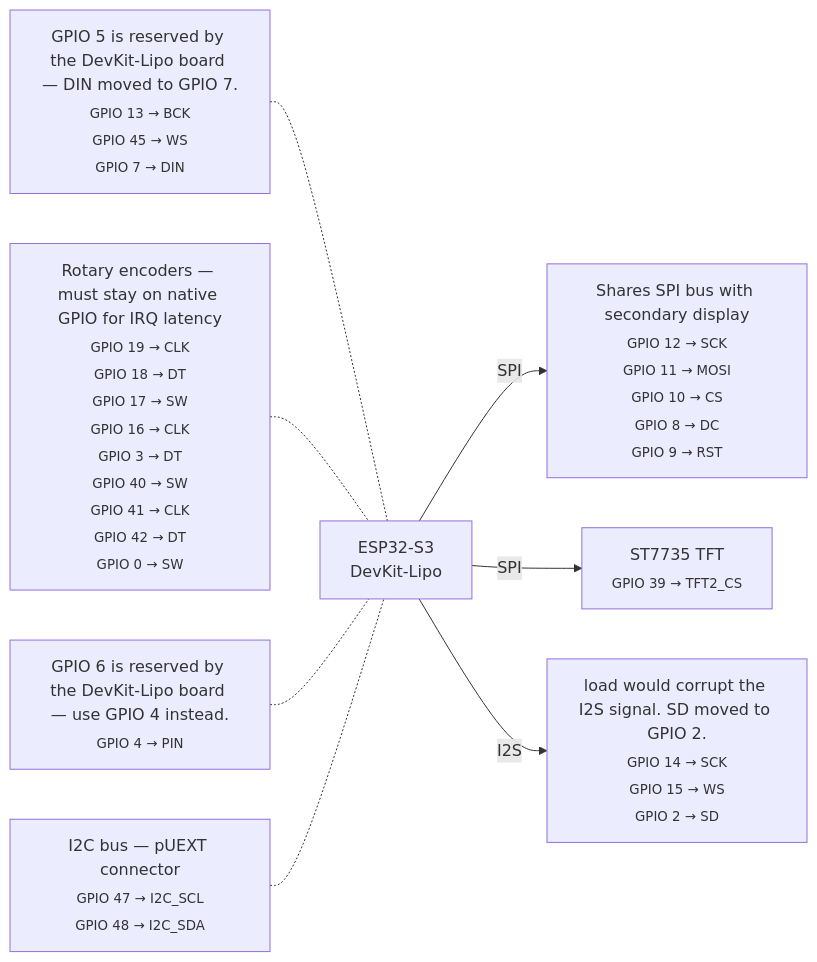
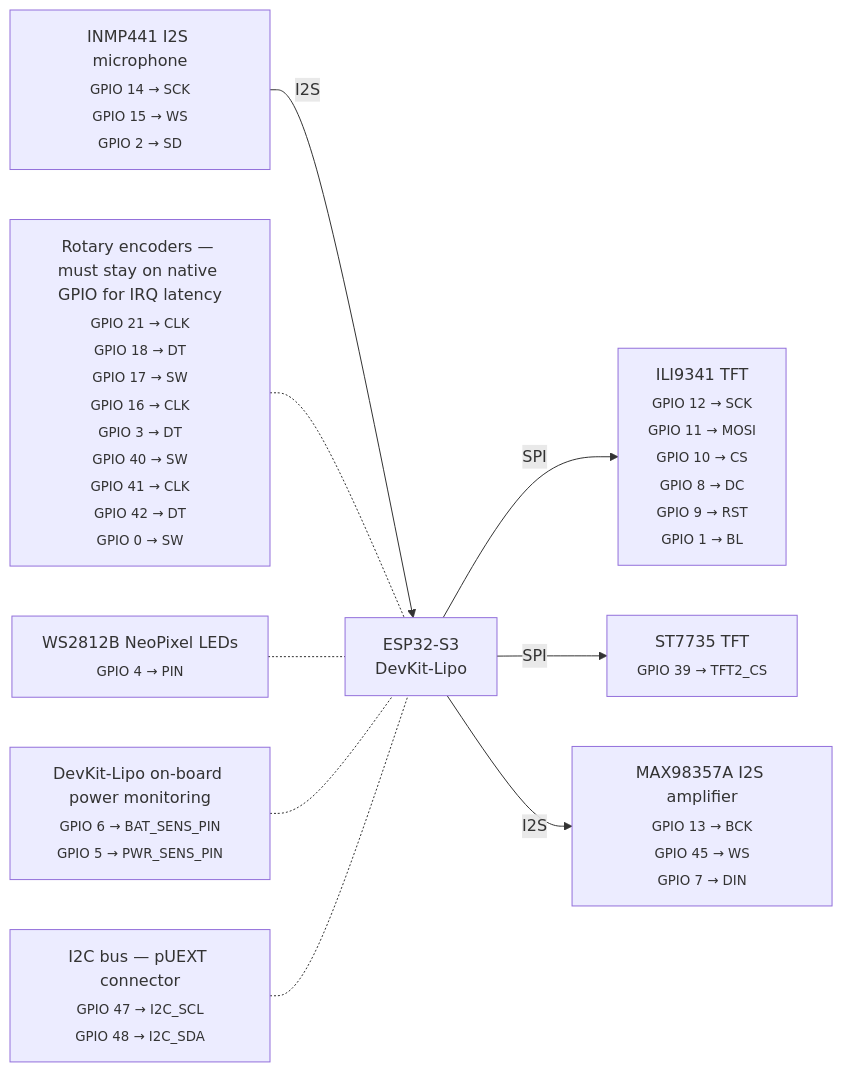
Before and after one commit to mandakan/bodn-esp32: the diagram in docs/wiring.md, drawn with Mermaid. The commit also changed other lines of this file and 3 other files, not shown here.

````diff
--- a/docs/wiring.md
+++ b/docs/wiring.md
@@ -8,26 +8,29 @@
 ```mermaid
 graph LR
     ESP["ESP32-S3<br/>DevKit-Lipo"]
 
-    SharesSPIbuswithsecondarydisplay["Shares SPI bus with secondary display<br/><sub>GPIO 12 → SCK<br/>GPIO 11 → MOSI<br/>GPIO 10 → CS<br/>GPIO 8 → DC<br/>GPIO 9 → RST</sub>"]
-    ESP -- SPI --> SharesSPIbuswithsecondarydisplay
+    ILI9341TFT["ILI9341 TFT<br/><sub>GPIO 12 → SCK<br/>GPIO 11 → MOSI<br/>GPIO 10 → CS<br/>GPIO 8 → DC<br/>GPIO 9 → RST<br/>GPIO 1 → BL</sub>"]
+    ESP -- SPI --> ILI9341TFT
 
     ST7735TFT["ST7735 TFT<br/><sub>GPIO 39 → TFT2_CS</sub>"]
     ESP -- SPI --> ST7735TFT
 
-    loadwouldcorrupttheI2SsignalSDmovedtoGPIO2["load would corrupt the I2S signal. SD moved to GPIO 2.<br/><sub>GPIO 14 → SCK<br/>GPIO 15 → WS<br/>GPIO 2 → SD</sub>"]
-    ESP -- I2S --> loadwouldcorrupttheI2SsignalSDmovedtoGPIO2
+    INMP441I2Smicrophone["INMP441 I2S microphone<br/><sub>GPIO 14 → SCK<br/>GPIO 15 → WS<br/>GPIO 2 → SD</sub>"]
+    INMP441I2Smicrophone -- I2S --> ESP
 
-    GPIO5isreservedbytheDevKitLipoboardDINmovedtoGPIO7["GPIO 5 is reserved by the DevKit-Lipo board — DIN moved to GPIO 7.<br/><sub>GPIO 13 → BCK<br/>GPIO 45 → WS<br/>GPIO 7 → DIN</sub>"]
-    GPIO5isreservedbytheDevKitLipoboardDINmovedtoGPIO7 -.- ESP
+    MAX98357AI2Samplifier["MAX98357A I2S amplifier<br/><sub>GPIO 13 → BCK<br/>GPIO 45 → WS<br/>GPIO 7 → DIN</sub>"]
+    ESP -- I2S --> MAX98357AI2Samplifier
 
-    RotaryencodersmuststayonnativeGPIOforIRQlatency["Rotary encoders — must stay on native GPIO for IRQ latency<br/><sub>GPIO 19 → CLK<br/>GPIO 18 → DT<br/>GPIO 17 → SW<br/>GPIO 16 → CLK<br/>GPIO 3 → DT<br/>GPIO 40 → SW<br/>GPIO 41 → CLK<br/>GPIO 42 → DT<br/>GPIO 0 → SW</sub>"]
+    RotaryencodersmuststayonnativeGPIOforIRQlatency["Rotary encoders — must stay on native GPIO for IRQ latency<br/><sub>GPIO 21 → CLK<br/>GPIO 18 → DT<br/>GPIO 17 → SW<br/>GPIO 16 → CLK<br/>GPIO 3 → DT<br/>GPIO 40 → SW<br/>GPIO 41 → CLK<br/>GPIO 42 → DT<br/>GPIO 0 → SW</sub>"]
     RotaryencodersmuststayonnativeGPIOforIRQlatency -.- ESP
 
-    GPIO6isreservedbytheDevKitLipoboarduseGPIO4instead["GPIO 6 is reserved by the DevKit-Lipo board — use GPIO 4 instead.<br/><sub>GPIO 4 → PIN</sub>"]
-    GPIO6isreservedbytheDevKitLipoboarduseGPIO4instead -.- ESP
+    WS2812BNeoPixelLEDs["WS2812B NeoPixel LEDs<br/><sub>GPIO 4 → PIN</sub>"]
+    WS2812BNeoPixelLEDs -.- ESP
+
+    DevKitLipoonboardpowermonitoring["DevKit-Lipo on-board power monitoring<br/><sub>GPIO 6 → BAT_SENS_PIN<br/>GPIO 5 → PWR_SENS_PIN</sub>"]
+    DevKitLipoonboardpowermonitoring -.- ESP
 
     I2CbuspUEXTconnector["I2C bus — pUEXT connector<br/><sub>GPIO 47 → I2C_SCL<br/>GPIO 48 → I2C_SDA</sub>"]
     I2CbuspUEXTconnector -.- ESP
 
 ```
````
